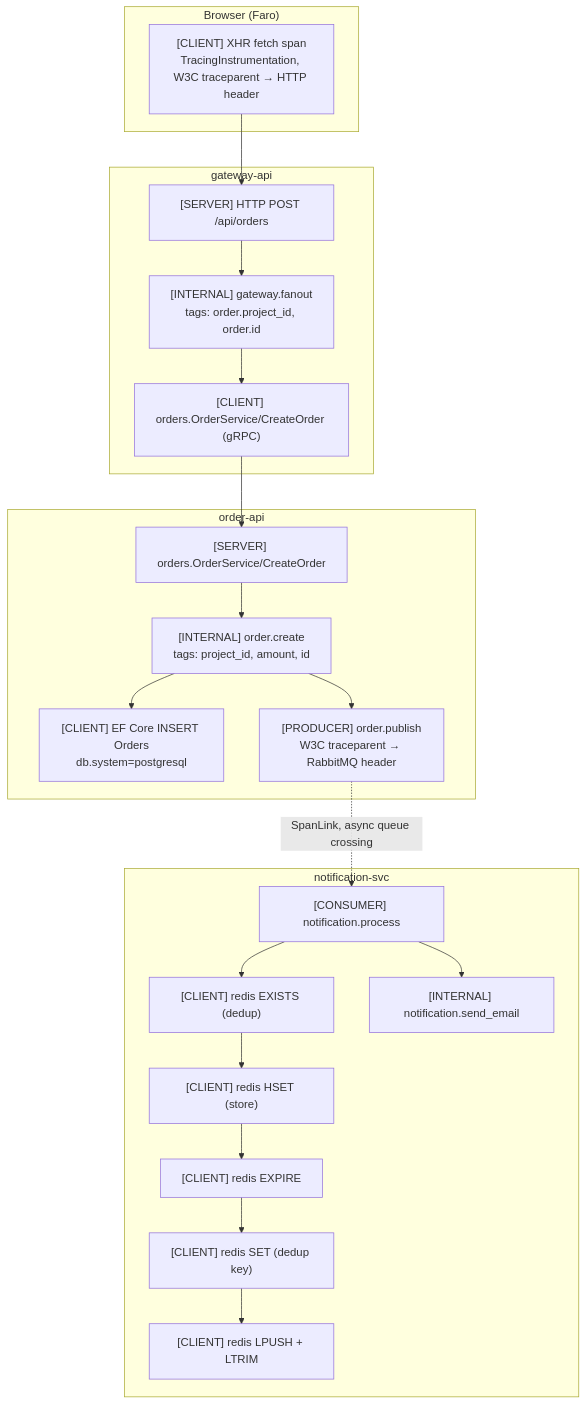
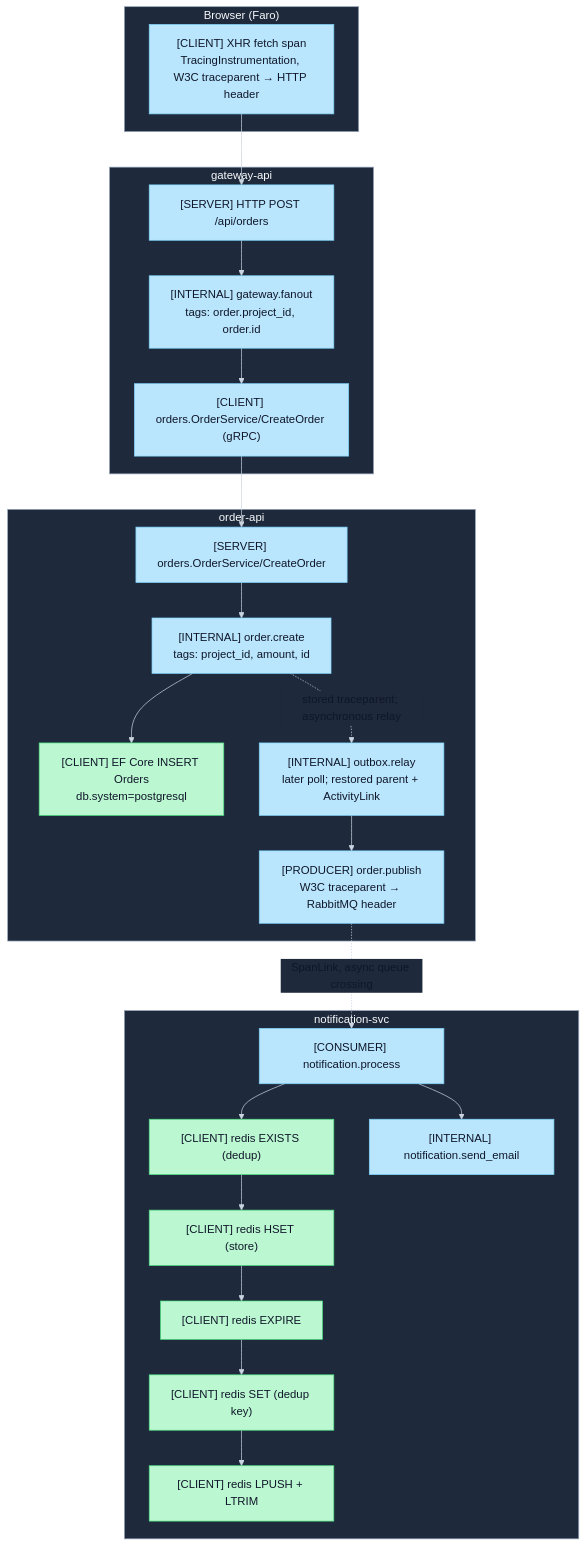
The diagram in docs/observability/otel-contracts.md (shipsolid/signal-forge), drawn with Mermaid before and after one commit. The commit also changed other lines of this file and 26 other files, not shown here.

````diff
--- a/docs/observability/otel-contracts.md
+++ b/docs/observability/otel-contracts.md
@@ -504,36 +509,43 @@
 ```mermaid
+%%{init: {'theme':'base','themeVariables':{'background':'#0f172a','primaryColor':'#bae6fd','primaryTextColor':'#0f172a','primaryBorderColor':'#7dd3fc','secondaryColor':'#bbf7d0','tertiaryColor':'#fde68a','lineColor':'#cbd5e1','clusterBkg':'#1e293b','clusterBorder':'#94a3b8','titleColor':'#f8fafc','edgeLabelBackground':'#1e293b'}}}%%
 flowchart TD
     subgraph Browser["Browser (Faro)"]
         A["[CLIENT] XHR fetch span<br/>TracingInstrumentation, W3C traceparent → HTTP header"]
     end
 
     subgraph GW["gateway-api"]
         B["[SERVER] HTTP POST /api/orders"]
         C["[INTERNAL] gateway.fanout<br/>tags: order.project_id, order.id"]
         D["[CLIENT] orders.OrderService/CreateOrder (gRPC)"]
     end
 
     subgraph OA["order-api"]
         E["[SERVER] orders.OrderService/CreateOrder"]
         F["[INTERNAL] order.create<br/>tags: project_id, amount, id"]
         G["[CLIENT] EF Core INSERT Orders<br/>db.system=postgresql"]
+        R["[INTERNAL] outbox.relay<br/>later poll; restored parent + ActivityLink"]
         H["[PRODUCER] order.publish<br/>W3C traceparent → RabbitMQ header"]
     end
 
     subgraph NS["notification-svc"]
         I["[CONSUMER] notification.process"]
         J["[CLIENT] redis EXISTS (dedup)"]
         K["[CLIENT] redis HSET (store)"]
         L["[CLIENT] redis EXPIRE"]
         M["[CLIENT] redis SET (dedup key)"]
         N["[CLIENT] redis LPUSH + LTRIM"]
         O["[INTERNAL] notification.send_email"]
     end
 
     A --> B --> C --> D --> E --> F
     F --> G
-    F --> H
+    F -.->|stored traceparent; asynchronous relay| R
+    R --> H
     H -.->|SpanLink, async queue crossing| I
     I --> J --> K --> L --> M --> N
     I --> O
+    classDef app fill:#bae6fd,stroke:#7dd3fc,color:#0f172a;
+    classDef store fill:#bbf7d0,stroke:#4ade80,color:#0f172a;
+    class A,B,C,D,E,F,R,H,I,O app;
+    class G,J,K,L,M,N store;
 ```
````
